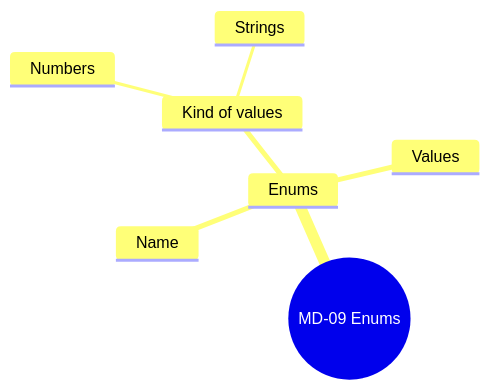
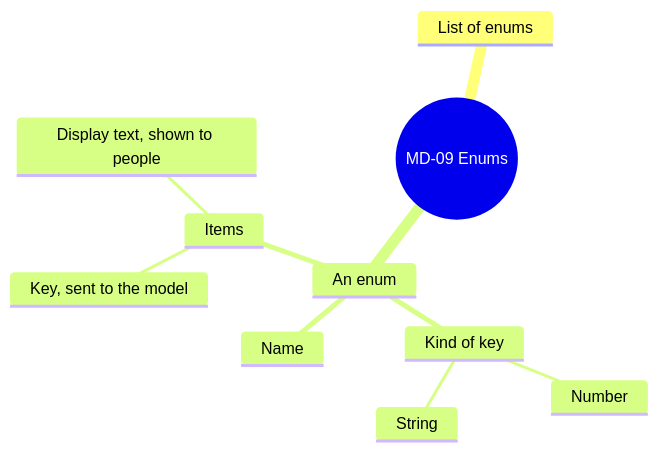
Before and after one commit to AlexandreGallais/synoptic-studio-spec: diagram 12 of 14 in screens/metadata.md, drawn with Mermaid. The commit also changed other lines of this file and 14 other files, not shown here.

````diff
--- a/screens/metadata.md
+++ b/screens/metadata.md
@@ -307,10 +349,13 @@
 ```mermaid
 mindmap
   root((MD-09 Enums))
-    Enums
+    List of enums
+    An enum
       Name
-      Kind of values
-        Numbers
-        Strings
-      Values
+      Kind of key
+        Number
+        String
+      Items
+        Key, sent to the model
+        Display text, shown to people
 ```
````
